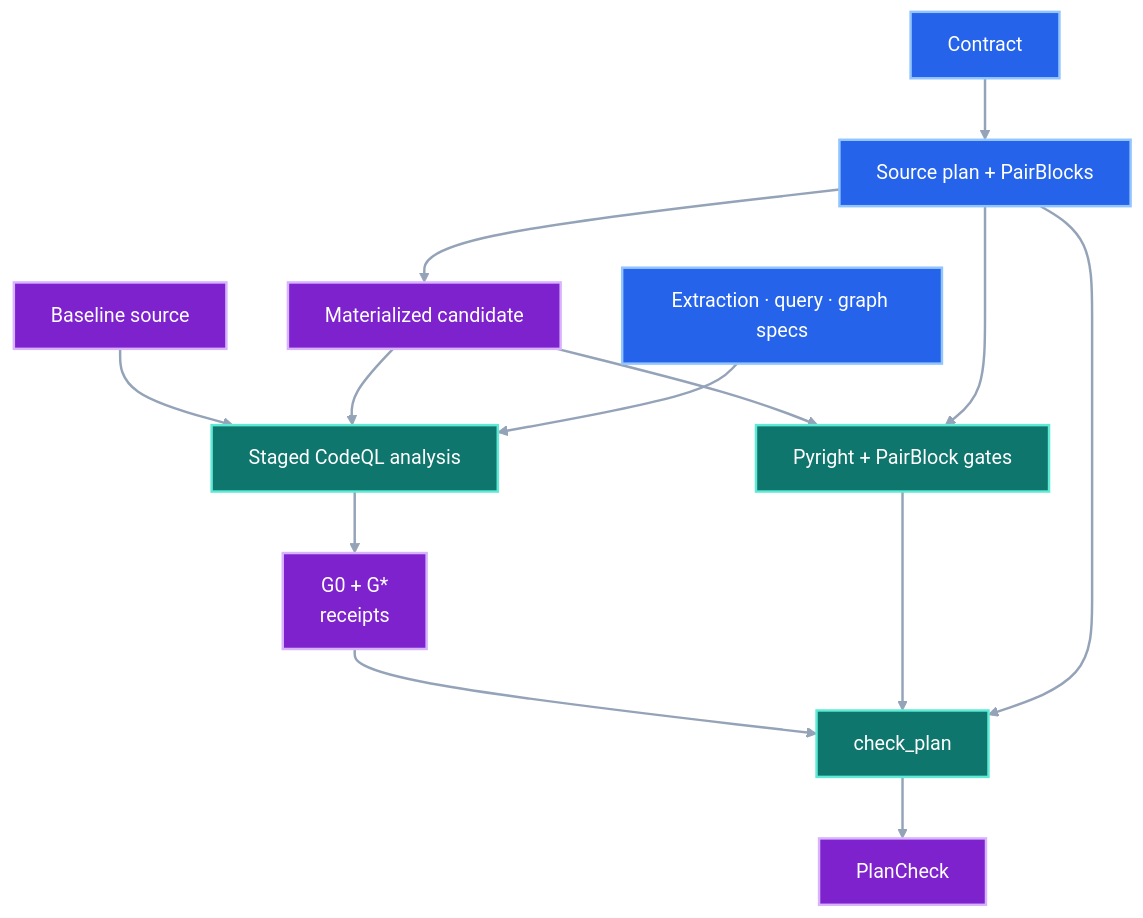
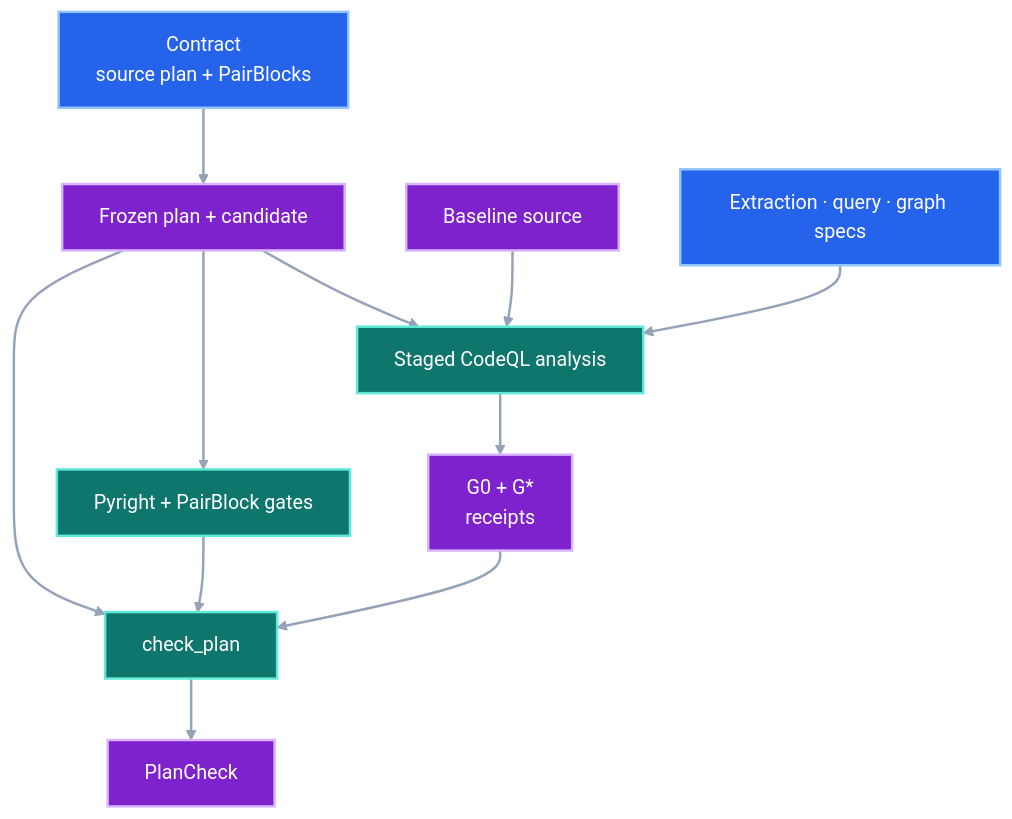
The third of 3 diagrams in docs/development/codeql-analysis.md (pvd232/viper), drawn with Mermaid (base theme) before and after one commit.

Commit message:
Untangle integrated CodeQL diagram

````diff
--- a/docs/development/codeql-analysis.md
+++ b/docs/development/codeql-analysis.md
@@ -124,24 +124,22 @@
 ```mermaid
 flowchart TB
-    Contract["Contract"] --> Plan["Source plan + PairBlocks"]
-    Plan --> Candidate["Materialized candidate"]
+    Contract["Contract<br/>source plan + PairBlocks"] --> Candidate["Frozen plan + candidate"]
     Baseline["Baseline source"] --> Analyze["Staged CodeQL analysis"]
     Candidate --> Analyze
     Specs["Extraction · query · graph specs"] --> Analyze
     Analyze --> Evidence["G0 + G*<br/>receipts"]
     Candidate --> Gates["Pyright + PairBlock gates"]
-    Plan --> Gates
     Evidence --> Check["check_plan"]
     Gates --> Check
-    Plan --> Check
+    Candidate --> Check
     Check --> Result["PlanCheck"]
 
     classDef authored fill:#2563eb,stroke:#93c5fd,color:#ffffff,stroke-width:2px;
     classDef implementation fill:#0f766e,stroke:#5eead4,color:#ffffff,stroke-width:2px;
     classDef output fill:#7e22ce,stroke:#d8b4fe,color:#ffffff,stroke-width:2px;
     classDef checklist fill:#b45309,stroke:#fcd34d,color:#ffffff,stroke-width:2px;
-    class Contract,Plan,Specs authored;
+    class Contract,Specs authored;
     class Analyze,Gates,Check implementation;
     class Baseline,Candidate,Evidence,Result output;
     linkStyle default stroke:#94a3b8,stroke-width:2px;
 ```
````
